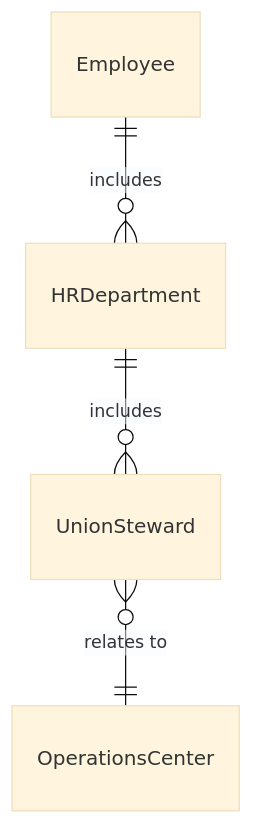
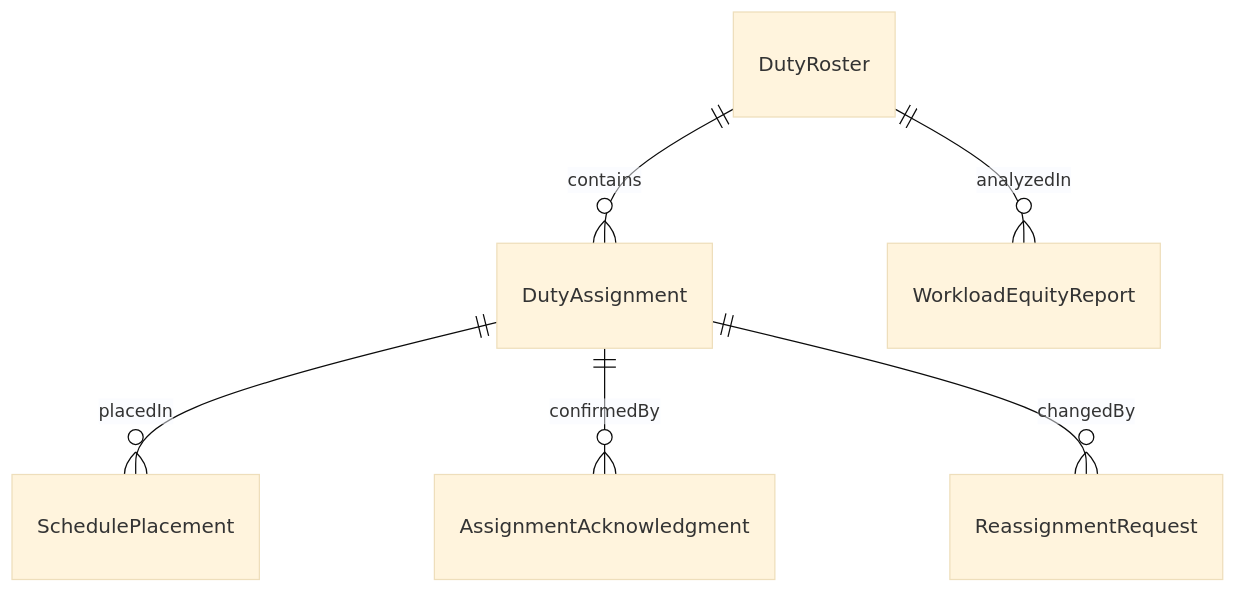
The first of 4 diagrams in GuidingDirectingAndMotivatingSubordinates/AssignWorkToOthers/AssignDutiesWorkSchedulesEmployees.mdx (dot-org-ai/tasks.org.ai), drawn with Mermaid (base theme) before and after one commit. The commit also changed other lines of this file and 515 other files, not shown here.

````diff
--- a/GuidingDirectingAndMotivatingSubordinates/AssignWorkToOthers/AssignDutiesWorkSchedulesEmployees.mdx
+++ b/GuidingDirectingAndMotivatingSubordinates/AssignWorkToOthers/AssignDutiesWorkSchedulesEmployees.mdx
@@ -86,6 +86,8 @@
 ```mermaid
 erDiagram
-    Employee ||--o{ HRDepartment : includes
-    HRDepartment ||--o{ UnionSteward : includes
-    UnionSteward }o--|| OperationsCenter : "relates to"
+    DutyRoster ||--o{ DutyAssignment : contains
+    DutyAssignment ||--o{ SchedulePlacement : placedIn
+    DutyAssignment ||--o{ AssignmentAcknowledgment : confirmedBy
+    DutyAssignment ||--o{ ReassignmentRequest : changedBy
+    DutyRoster ||--o{ WorkloadEquityReport : analyzedIn
 ```
````
